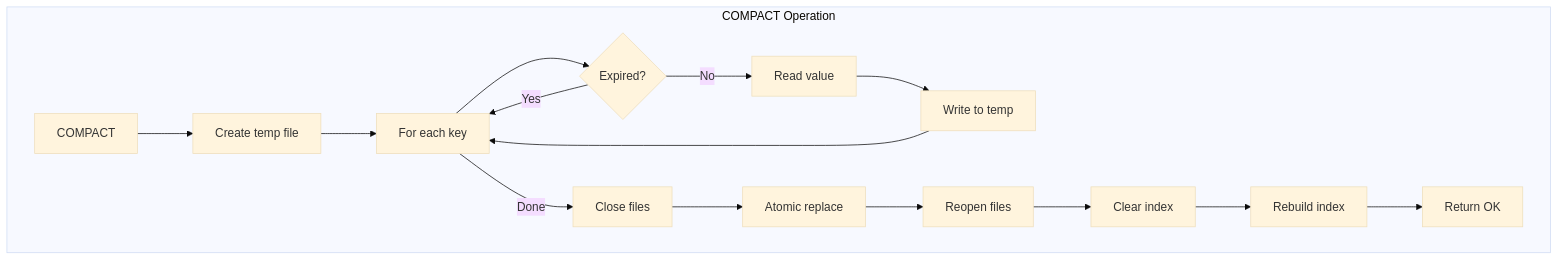
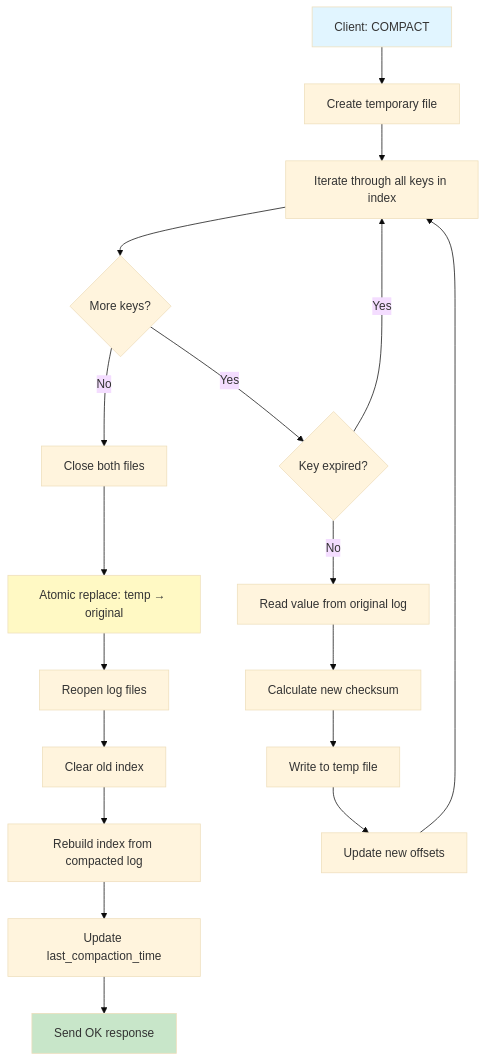
One commit to SurajAkhuli/BitPyStore changed the fourth of 5 diagrams in README.md. Above: the diagram before and after it, drawn with Mermaid (base theme). The commit also changed other lines of this file, not shown here.

````diff
--- a/README.md
+++ b/README.md
@@ -374,31 +315,24 @@
 ```mermaid
-graph TD
-    subgraph "COMPACT Operation"
-        C1[COMPACT]
-        C2[Create temp file]
-        C3[For each key]
-        C4{Expired?}
-        C5[Read value]
-        C6[Write to temp]
-        C7[Close files]
-        C8[Atomic replace]
-        C9[Reopen files]
-        C10[Clear index]
-        C11[Rebuild index]
-        C12[Return OK]
-        
-        C1 --> C2
-        C2 --> C3
-        C3 --> C4
-        C4 -->|Yes| C3
-        C4 -->|No| C5
-        C5 --> C6
-        C6 --> C3
-        C3 -->|Done| C7
-        C7 --> C8
-        C8 --> C9
-        C9 --> C10
-        C10 --> C11
-        C11 --> C12
-    end
+flowchart TD
+    A[Client: COMPACT] --> B[Create temporary file]
+    B --> C[Iterate through all keys in index]
+    C --> D{More keys?}
+    D -->|No| M[Close both files]
+    D -->|Yes| E{Key expired?}
+    E -->|Yes| C
+    E -->|No| F[Read value from original log]
+    F --> G[Calculate new checksum]
+    G --> H[Write to temp file]
+    H --> I[Update new offsets]
+    I --> C
+    M --> N[Atomic replace: temp → original]
+    N --> O[Reopen log files]
+    O --> P[Clear old index]
+    P --> Q[Rebuild index from compacted log]
+    Q --> R[Update last_compaction_time]
+    R --> S[Send OK response]
+    
+    style A fill:#e1f5ff
+    style S fill:#c8e6c9
+    style N fill:#fff9c4
 ```
````
